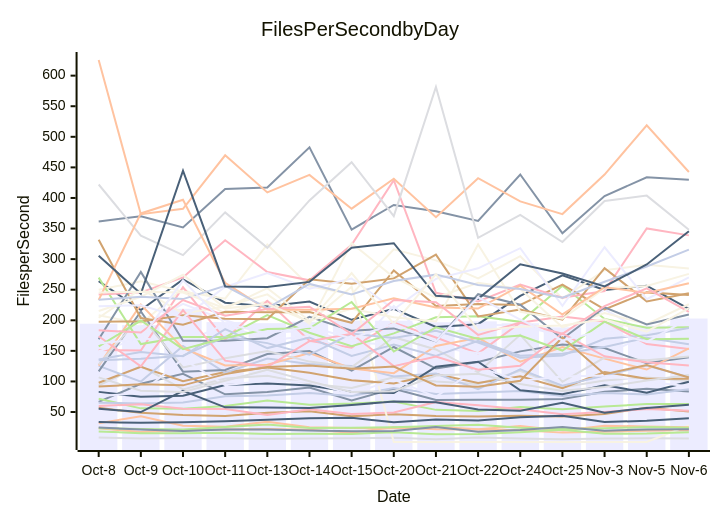
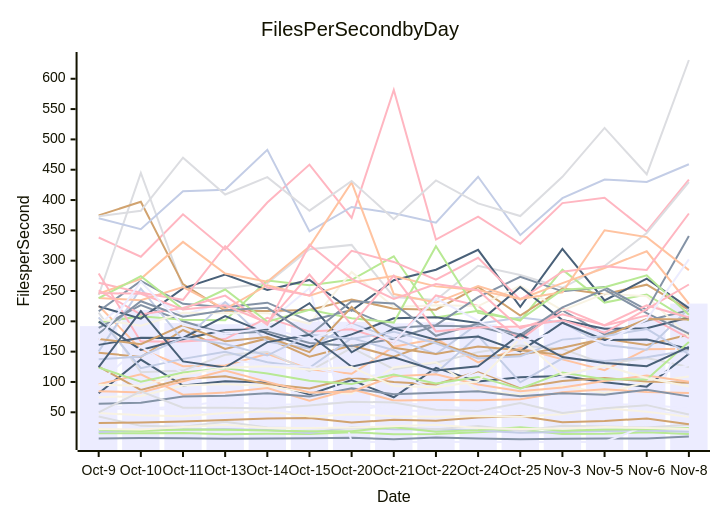
The diagram in perf-report.md (dovel-pr17-validation-2/pr17r41-npm-cspell), drawn with Mermaid before and after one commit. The commit also changed other lines of this file and 2 other files, not shown here.

````diff
--- a/perf-report.md
+++ b/perf-report.md
@@ -11,57 +11,57 @@
 ```mermaid
 xychart-beta
     title Files Per Second by Day
     y-axis Files per Second
-    x-axis Date [Oct-8, Oct-9, Oct-10, Oct-11, Oct-13, Oct-14, Oct-15, Oct-20, Oct-21, Oct-22, Oct-24, Oct-25, Nov-3, Nov-5, Nov-6]
-    bar [194.39, 192.05, 218.83, 197.10, 195.24, 197.65, 199.65, 199.37, 196.79, 198.31, 195.08, 188.50, 197.53, 191.30, 202.86]
-    line [66.65, 96.25, 112.51, 78.91, 82.77, 89.92, 69.05, 88.06, 69.61, 70.25, 69.88, 71.42, 83.10, 87.87, 83.44]
-    line [23.58, 17.31, 20.37, 21.44, 22.38, 20.97, 16.04, 25.16, 22.03, 21.51, 20.05, 16.33, 17.58, 19.22, 20.03]
-    line [8.18, 6.76, 7.44, 7.30, 6.32, 6.65, 7.26, 7.96, 5.55, 8.36, 6.66, 5.63, 6.55, 6.95, 6.86]
-    line [71.61, 56.00, 55.29, 59.99, 68.80, 62.02, 63.75, 67.15, 53.54, 51.87, 58.31, 54.40, 59.05, 63.00, 62.96]
-    line [56.81, 48.66, 45.19, 43.33, 48.66, 51.39, 43.09, 46.53, 43.54, 42.59, 43.99, 42.66, 46.86, 57.12, 50.91]
-    line [65.37, 64.09, 65.74, 75.83, 77.12, 81.28, 76.22, 89.41, 79.60, 82.04, 84.51, 76.34, 81.22, 78.86, 87.10]
-    line [59.94, 62.62, 55.56, 54.77, 45.21, 54.60, 46.67, 49.27, 66.25, 61.14, 54.40, 46.46, 50.11, 54.79, 52.14]
-    line [264.14, 216.71, 266.75, 228.80, 223.08, 230.72, 200.81, 218.77, 189.13, 193.68, 239.98, 273.35, 249.43, 256.58, 218.78]
-    line [208.25, 194.51, 251.63, 210.60, 231.31, 197.08, 254.89, 1.00, 1.00, 1.00, 1.00, 1.00, 1.00, 1.00, 28.15]
-    line [174.97, 189.16, 226.87, 200.18, 179.39, 183.41, 164.40, 159.49, 171.10, 192.78, 191.37, 174.29, 217.96, 178.42, 200.93]
-    line [361.47, 370.09, 351.86, 414.54, 417.07, 482.80, 348.28, 388.55, 378.31, 362.57, 438.35, 342.13, 403.12, 433.88, 429.92]
-    line [31.76, 42.94, 27.61, 25.97, 34.21, 25.09, 23.71, 23.43, 25.33, 21.92, 27.33, 19.75, 27.62, 26.37, 24.93]
-    line [93.63, 125.18, 87.00, 104.77, 109.42, 96.45, 89.22, 106.77, 99.95, 95.97, 117.43, 90.38, 101.68, 106.46, 100.86]
-    line [18.14, 15.49, 15.23, 15.94, 13.89, 14.53, 14.11, 17.05, 13.85, 14.03, 17.10, 21.05, 14.31, 14.75, 16.96]
-    line [97.90, 123.96, 100.36, 115.55, 122.73, 114.09, 102.09, 96.85, 112.31, 97.68, 108.35, 88.82, 115.43, 104.61, 104.26]
-    line [125.48, 99.76, 158.05, 114.31, 137.32, 128.51, 125.12, 108.27, 113.06, 87.44, 119.66, 93.04, 109.58, 126.12, 106.88]
-    line [151.43, 150.43, 254.02, 168.57, 231.71, 166.56, 155.07, 196.36, 171.90, 145.85, 195.93, 206.22, 198.17, 161.08, 153.13]
-    line [55.18, 49.90, 84.72, 57.64, 57.38, 56.41, 61.33, 67.41, 66.13, 54.31, 52.03, 65.25, 49.02, 56.78, 61.77]
-    line [249.77, 263.65, 247.10, 235.41, 323.97, 255.64, 242.67, 316.16, 297.94, 268.60, 304.78, 235.63, 281.78, 290.77, 284.75]
-    line [149.45, 170.98, 162.38, 193.61, 167.04, 174.22, 149.10, 223.58, 156.27, 146.04, 158.31, 152.20, 144.51, 175.00, 203.83]
-    line [116.53, 214.42, 116.00, 118.77, 144.83, 149.59, 117.74, 156.35, 121.08, 131.79, 149.18, 160.21, 154.52, 129.77, 139.45]
-    line [125.79, 225.70, 154.24, 126.07, 127.29, 146.49, 121.12, 113.50, 158.05, 171.36, 132.38, 156.15, 137.28, 119.47, 154.01]
-    line [127.97, 206.50, 122.84, 138.06, 149.67, 132.46, 123.48, 172.40, 152.34, 114.90, 176.25, 99.39, 139.03, 134.52, 140.73]
-    line [269.72, 161.18, 172.81, 172.65, 208.47, 179.72, 157.56, 178.54, 204.92, 206.57, 197.43, 256.60, 202.25, 187.81, 188.63]
-    line [331.74, 203.63, 192.81, 213.97, 213.28, 213.47, 195.94, 281.48, 223.48, 226.53, 225.12, 258.41, 217.89, 245.63, 241.33]
-    line [136.07, 148.26, 141.19, 185.69, 154.55, 171.82, 141.67, 160.22, 141.81, 166.38, 141.94, 145.19, 156.42, 171.45, 160.90]
-    line [242.23, 245.65, 270.12, 330.98, 278.79, 265.30, 323.42, 429.01, 245.01, 230.93, 258.25, 236.94, 247.84, 350.22, 338.85]
-    line [82.95, 74.90, 76.80, 94.05, 96.82, 93.39, 82.69, 80.94, 123.93, 132.34, 85.53, 79.17, 93.87, 81.75, 99.37]
-    line [204.22, 251.15, 211.26, 222.05, 242.35, 194.13, 326.19, 270.15, 236.87, 261.40, 251.33, 188.47, 211.71, 193.66, 226.20]
-    line [75.86, 81.29, 136.91, 94.03, 101.02, 99.02, 79.59, 103.01, 74.73, 123.30, 100.60, 107.93, 109.66, 99.65, 92.26]
-    line [168.97, 278.92, 166.54, 166.53, 170.79, 205.75, 183.07, 186.73, 165.39, 242.72, 225.43, 169.80, 221.29, 193.06, 209.38]
-    line [625.58, 373.38, 382.28, 469.75, 409.07, 437.77, 382.49, 431.43, 368.45, 432.30, 394.44, 373.62, 438.31, 518.91, 442.46]
-    line [422.03, 338.21, 306.48, 376.46, 318.53, 395.99, 458.46, 370.45, 581.53, 334.74, 372.46, 327.93, 394.96, 403.82, 348.17]
-    line [23.35, 22.45, 21.51, 25.71, 29.42, 23.92, 24.25, 24.95, 26.96, 29.32, 24.14, 22.37, 23.30, 25.53, 24.17]
-    line [197.76, 198.13, 208.30, 202.68, 201.79, 267.21, 259.65, 268.53, 307.28, 206.33, 217.49, 201.10, 285.18, 230.89, 244.22]
-    line [134.65, 137.28, 142.04, 172.94, 162.65, 143.57, 178.30, 170.91, 182.97, 163.77, 138.75, 142.39, 169.82, 175.50, 187.51]
-    line [173.95, 124.58, 216.72, 133.97, 123.87, 165.74, 177.89, 125.02, 140.68, 119.01, 125.81, 178.69, 141.07, 131.24, 126.04]
-    line [33.57, 32.29, 33.27, 34.79, 37.33, 39.68, 40.77, 33.11, 37.81, 36.24, 41.43, 44.03, 33.69, 35.67, 39.83]
-    line [215.08, 238.25, 274.47, 219.66, 252.51, 199.34, 218.85, 204.99, 197.92, 323.88, 213.93, 202.52, 252.23, 256.11, 275.88]
-    line [222.78, 224.66, 204.36, 254.42, 277.26, 251.58, 268.24, 217.93, 267.67, 285.04, 317.95, 223.78, 319.42, 234.42, 270.31]
-    line [24.57, 21.27, 19.07, 21.50, 21.24, 19.97, 18.63, 18.81, 25.32, 17.74, 20.58, 25.51, 19.46, 21.60, 21.82]
-    line [233.16, 374.71, 397.16, 261.34, 217.24, 217.08, 218.73, 236.08, 220.88, 219.16, 256.62, 209.53, 254.06, 244.83, 260.43]
-    line [106.68, 84.76, 82.82, 101.29, 118.90, 100.19, 82.72, 84.05, 109.59, 112.56, 95.92, 84.60, 91.01, 101.64, 110.67]
-    line [157.39, 199.58, 152.82, 170.97, 185.75, 186.96, 229.89, 148.98, 188.53, 169.56, 175.04, 150.51, 197.71, 169.15, 169.91]
-    line [91.76, 95.32, 93.61, 112.00, 123.43, 125.94, 120.60, 124.47, 93.34, 91.16, 101.08, 171.93, 111.86, 126.91, 106.59]
-    line [233.40, 238.56, 234.64, 256.33, 219.99, 259.48, 242.38, 264.24, 274.64, 257.62, 251.09, 236.85, 262.94, 287.92, 315.55]
-    line [183.70, 179.89, 233.14, 207.50, 218.41, 222.25, 177.43, 233.06, 229.37, 176.10, 196.37, 177.90, 223.12, 252.36, 213.65]
-    line [305.64, 243.36, 444.70, 255.37, 254.42, 262.77, 318.79, 326.00, 239.93, 235.04, 291.68, 276.40, 255.29, 291.36, 345.44]
-    line [245.51, 246.82, 245.36, 219.50, 226.50, 197.43, 277.21, 193.99, 275.35, 183.43, 189.64, 191.38, 201.59, 181.36, 220.08]
-    line [162.12, 169.35, 265.31, 194.05, 178.95, 189.91, 170.29, 194.31, 165.66, 237.49, 201.27, 167.00, 183.56, 164.82, 202.88]
+    x-axis Date [Oct-9, Oct-10, Oct-11, Oct-13, Oct-14, Oct-15, Oct-20, Oct-21, Oct-22, Oct-24, Oct-25, Nov-3, Nov-5, Nov-6, Nov-8]
+    bar [192.05, 218.83, 197.10, 195.24, 197.65, 199.65, 199.37, 196.79, 198.31, 195.08, 188.50, 197.53, 191.30, 202.86, 229.28]
+    line [6.76, 7.44, 7.30, 6.32, 6.65, 7.26, 7.96, 5.55, 8.36, 6.66, 5.63, 6.55, 6.95, 6.86, 9.93]
+    line [225.70, 154.24, 126.07, 127.29, 146.49, 121.12, 113.50, 158.05, 171.36, 132.38, 156.15, 137.28, 119.47, 154.01, 154.57]
+    line [214.42, 116.00, 118.77, 144.83, 149.59, 117.74, 156.35, 121.08, 131.79, 149.18, 160.21, 154.52, 129.77, 139.45, 124.74]
+    line [15.49, 15.23, 15.94, 13.89, 14.53, 14.11, 17.05, 13.85, 14.03, 17.10, 21.05, 14.31, 14.75, 16.96, 14.04]
+    line [148.26, 141.19, 185.69, 154.55, 171.82, 141.67, 160.22, 141.81, 166.38, 141.94, 145.19, 156.42, 171.45, 160.90, 178.14]
+    line [17.31, 20.37, 21.44, 22.38, 20.97, 16.04, 25.16, 22.03, 21.51, 20.05, 16.33, 17.58, 19.22, 20.03, 18.00]
+    line [338.21, 306.48, 376.46, 318.53, 395.99, 458.46, 370.45, 581.53, 334.74, 372.46, 327.93, 394.96, 403.82, 348.17, 433.61]
+    line [81.29, 136.91, 94.03, 101.02, 99.02, 79.59, 103.01, 74.73, 123.30, 100.60, 107.93, 109.66, 99.65, 92.26, 146.67]
+    line [74.90, 76.80, 94.05, 96.82, 93.39, 82.69, 80.94, 123.93, 132.34, 85.53, 79.17, 93.87, 81.75, 99.37, 109.09]
+    line [194.51, 251.63, 210.60, 231.31, 197.08, 254.89, 1.00, 1.00, 1.00, 1.00, 1.00, 1.00, 1.00, 28.15, 209.62]
+    line [189.16, 226.87, 200.18, 179.39, 183.41, 164.40, 159.49, 171.10, 192.78, 191.37, 174.29, 217.96, 178.42, 200.93, 218.12]
+    line [96.25, 112.51, 78.91, 82.77, 89.92, 69.05, 88.06, 69.61, 70.25, 69.88, 71.42, 83.10, 87.87, 83.44, 81.82]
+    line [243.36, 444.70, 255.37, 254.42, 262.77, 318.79, 326.00, 239.93, 235.04, 291.68, 276.40, 255.29, 291.36, 345.44, 429.54]
+    line [198.13, 208.30, 202.68, 201.79, 267.21, 259.65, 268.53, 307.28, 206.33, 217.49, 201.10, 285.18, 230.89, 244.22, 201.56]
+    line [374.71, 397.16, 261.34, 217.24, 217.08, 218.73, 236.08, 220.88, 219.16, 256.62, 209.53, 254.06, 244.83, 260.43, 218.75]
+    line [150.43, 254.02, 168.57, 231.71, 166.56, 155.07, 196.36, 171.90, 145.85, 195.93, 206.22, 198.17, 161.08, 153.13, 221.29]
+    line [278.92, 166.54, 166.53, 170.79, 205.75, 183.07, 186.73, 165.39, 242.72, 225.43, 169.80, 221.29, 193.06, 209.38, 172.16]
+    line [224.66, 204.36, 254.42, 277.26, 251.58, 268.24, 217.93, 267.67, 285.04, 317.95, 223.78, 319.42, 234.42, 270.31, 221.75]
+    line [203.63, 192.81, 213.97, 213.28, 213.47, 195.94, 281.48, 223.48, 226.53, 225.12, 258.41, 217.89, 245.63, 241.33, 174.69]
+    line [62.62, 55.56, 54.77, 45.21, 54.60, 46.67, 49.27, 66.25, 61.14, 54.40, 46.46, 50.11, 54.79, 52.14, 46.86]
+    line [216.71, 266.75, 228.80, 223.08, 230.72, 200.81, 218.77, 189.13, 193.68, 239.98, 273.35, 249.43, 256.58, 218.78, 340.84]
+    line [238.56, 234.64, 256.33, 219.99, 259.48, 242.38, 264.24, 274.64, 257.62, 251.09, 236.85, 262.94, 287.92, 315.55, 228.98]
+    line [42.94, 27.61, 25.97, 34.21, 25.09, 23.71, 23.43, 25.33, 21.92, 27.33, 19.75, 27.62, 26.37, 24.93, 29.26]
+    line [21.27, 19.07, 21.50, 21.24, 19.97, 18.63, 18.81, 25.32, 17.74, 20.58, 25.51, 19.46, 21.60, 21.82, 23.93]
+    line [32.29, 33.27, 34.79, 37.33, 39.68, 40.77, 33.11, 37.81, 36.24, 41.43, 44.03, 33.69, 35.67, 39.83, 30.36]
+    line [370.09, 351.86, 414.54, 417.07, 482.80, 348.28, 388.55, 378.31, 362.57, 438.35, 342.13, 403.12, 433.88, 429.92, 458.99]
+    line [263.65, 247.10, 235.41, 323.97, 255.64, 242.67, 316.16, 297.94, 268.60, 304.78, 235.63, 281.78, 290.77, 284.75, 377.81]
+    line [161.18, 172.81, 172.65, 208.47, 179.72, 157.56, 178.54, 204.92, 206.57, 197.43, 256.60, 202.25, 187.81, 188.63, 206.37]
+    line [22.45, 21.51, 25.71, 29.42, 23.92, 24.25, 24.95, 26.96, 29.32, 24.14, 22.37, 23.30, 25.53, 24.17, 22.53]
+    line [56.00, 55.29, 59.99, 68.80, 62.02, 63.75, 67.15, 53.54, 51.87, 58.31, 54.40, 59.05, 63.00, 62.96, 55.76]
+    line [64.09, 65.74, 75.83, 77.12, 81.28, 76.22, 89.41, 79.60, 82.04, 84.51, 76.34, 81.22, 78.86, 87.10, 76.25]
+    line [245.65, 270.12, 330.98, 278.79, 265.30, 323.42, 429.01, 245.01, 230.93, 258.25, 236.94, 247.84, 350.22, 338.85, 284.39]
+    line [373.38, 382.28, 469.75, 409.07, 437.77, 382.49, 431.43, 368.45, 432.30, 394.44, 373.62, 438.31, 518.91, 442.46, 630.93]
+    line [238.25, 274.47, 219.66, 252.51, 199.34, 218.85, 204.99, 197.92, 323.88, 213.93, 202.52, 252.23, 256.11, 275.88, 210.75]
+    line [125.18, 87.00, 104.77, 109.42, 96.45, 89.22, 106.77, 99.95, 95.97, 117.43, 90.38, 101.68, 106.46, 100.86, 98.57]
+    line [206.50, 122.84, 138.06, 149.67, 132.46, 123.48, 172.40, 152.34, 114.90, 176.25, 99.39, 139.03, 134.52, 140.73, 152.33]
+    line [251.15, 211.26, 222.05, 242.35, 194.13, 326.19, 270.15, 236.87, 261.40, 251.33, 188.47, 211.71, 193.66, 226.20, 206.35]
+    line [199.58, 152.82, 170.97, 185.75, 186.96, 229.89, 148.98, 188.53, 169.56, 175.04, 150.51, 197.71, 169.15, 169.91, 154.92]
+    line [48.66, 45.19, 43.33, 48.66, 51.39, 43.09, 46.53, 43.54, 42.59, 43.99, 42.66, 46.86, 57.12, 50.91, 42.43]
+    line [99.76, 158.05, 114.31, 137.32, 128.51, 125.12, 108.27, 113.06, 87.44, 119.66, 93.04, 109.58, 126.12, 106.88, 127.98]
+    line [179.89, 233.14, 207.50, 218.41, 222.25, 177.43, 233.06, 229.37, 176.10, 196.37, 177.90, 223.12, 252.36, 213.65, 179.65]
+    line [84.76, 82.82, 101.29, 118.90, 100.19, 82.72, 84.05, 109.59, 112.56, 95.92, 84.60, 91.01, 101.64, 110.67, 100.17]
+    line [49.90, 84.72, 57.64, 57.38, 56.41, 61.33, 67.41, 66.13, 54.31, 52.03, 65.25, 49.02, 56.78, 61.77, 46.20]
+    line [123.96, 100.36, 115.55, 122.73, 114.09, 102.09, 96.85, 112.31, 97.68, 108.35, 88.82, 115.43, 104.61, 104.26, 165.95]
+    line [170.98, 162.38, 193.61, 167.04, 174.22, 149.10, 223.58, 156.27, 146.04, 158.31, 152.20, 144.51, 175.00, 203.83, 203.05]
+    line [137.28, 142.04, 172.94, 162.65, 143.57, 178.30, 170.91, 182.97, 163.77, 138.75, 142.39, 169.82, 175.50, 187.51, 145.72]
+    line [246.82, 245.36, 219.50, 226.50, 197.43, 277.21, 193.99, 275.35, 183.43, 189.64, 191.38, 201.59, 181.36, 220.08, 260.71]
+    line [124.58, 216.72, 133.97, 123.87, 165.74, 177.89, 125.02, 140.68, 119.01, 125.81, 178.69, 141.07, 131.24, 126.04, 157.96]
+    line [95.32, 93.61, 112.00, 123.43, 125.94, 120.60, 124.47, 93.34, 91.16, 101.08, 171.93, 111.86, 126.91, 106.59, 92.49]
+    line [169.35, 265.31, 194.05, 178.95, 189.91, 170.29, 194.31, 165.66, 237.49, 201.27, 167.00, 183.56, 164.82, 202.88, 302.16]
 ```
````
